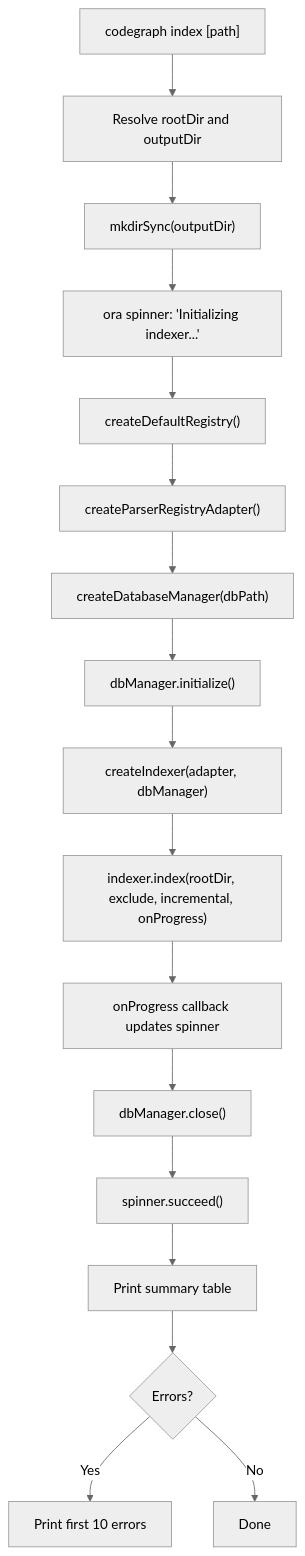
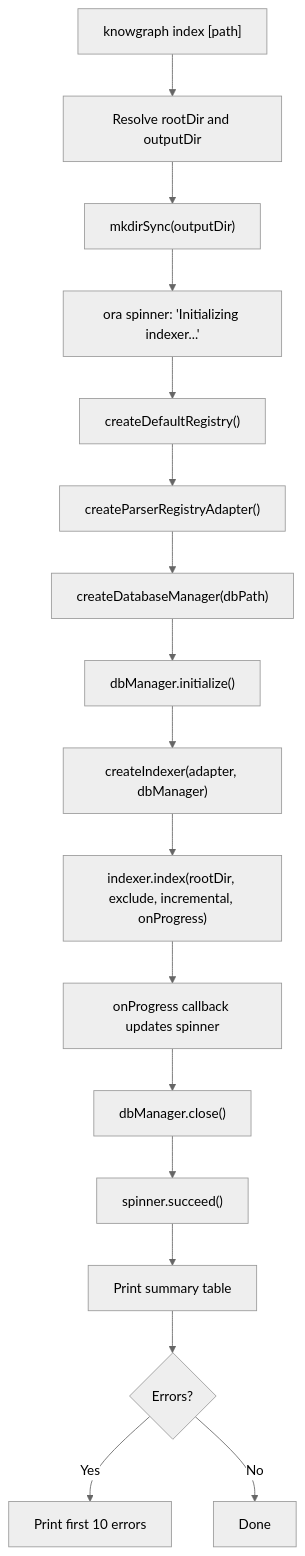
One commit to idosams/know-know changed the fourth of 7 diagrams in docs/cli/README.md. Above: the diagram before and after it, drawn with Mermaid (neutral theme). The commit also changed other lines of this file and 107 other files, not shown here.

First line of the commit message:
refactor: rename codegraph to knowgraph across entire project (#8)

````diff
--- a/docs/cli/README.md
+++ b/docs/cli/README.md
@@ -321,19 +321,19 @@
 ```mermaid
 flowchart TD
-    A["codegraph index [path]"] --> B["Resolve rootDir and outputDir"]
+    A["knowgraph index [path]"] --> B["Resolve rootDir and outputDir"]
     B --> C["mkdirSync(outputDir)"]
     C --> D["ora spinner: 'Initializing indexer...'"]
     D --> E["createDefaultRegistry()"]
     E --> F["createParserRegistryAdapter()"]
     F --> G["createDatabaseManager(dbPath)"]
     G --> H["dbManager.initialize()"]
     H --> I["createIndexer(adapter, dbManager)"]
     I --> J["indexer.index(rootDir, exclude, incremental, onProgress)"]
     J --> K["onProgress callback updates spinner"]
     K --> L["dbManager.close()"]
     L --> M["spinner.succeed()"]
     M --> N["Print summary table"]
     N --> O{"Errors?"}
     O -- "Yes" --> P["Print first 10 errors"]
     O -- "No" --> Q["Done"]
 ```
````
